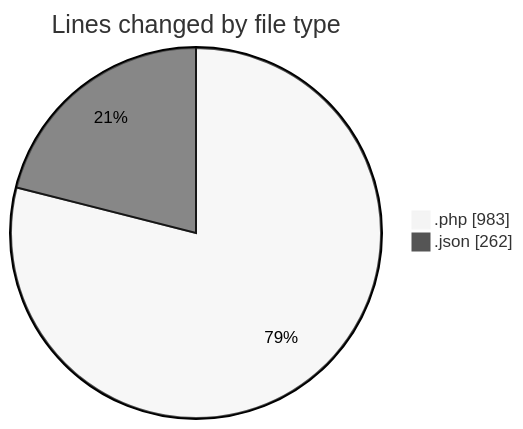
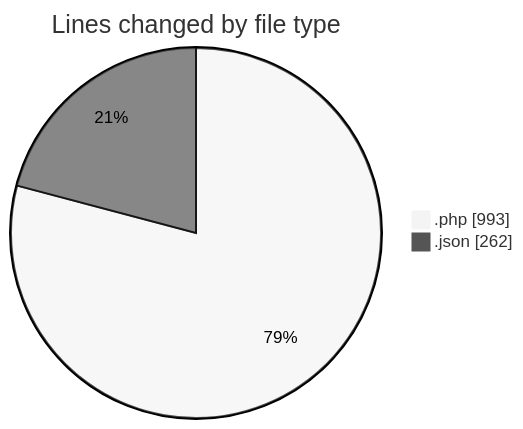
The first of 2 diagrams in 2025-11-01/futsal_rekomendasi/README.md (idhammustaqopulfikri/code-tracking), drawn with Mermaid (neutral theme) before and after one commit. The commit also changed other lines of this file and 1 other file, not shown here.

````diff
--- a/2025-11-01/futsal_rekomendasi/README.md
+++ b/2025-11-01/futsal_rekomendasi/README.md
@@ -35,6 +35,6 @@
 ```mermaid
 pie showData
 title Lines changed by file type
-".php" : 983
+".php" : 993
 ".json" : 262
 ```
````
